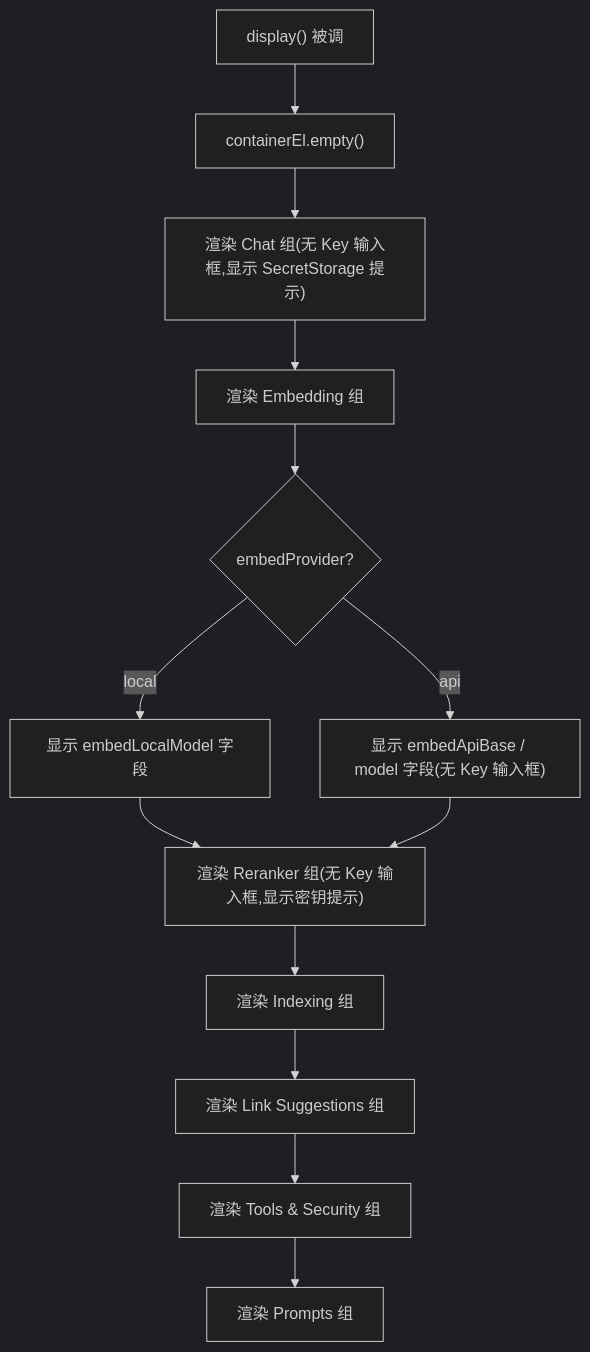
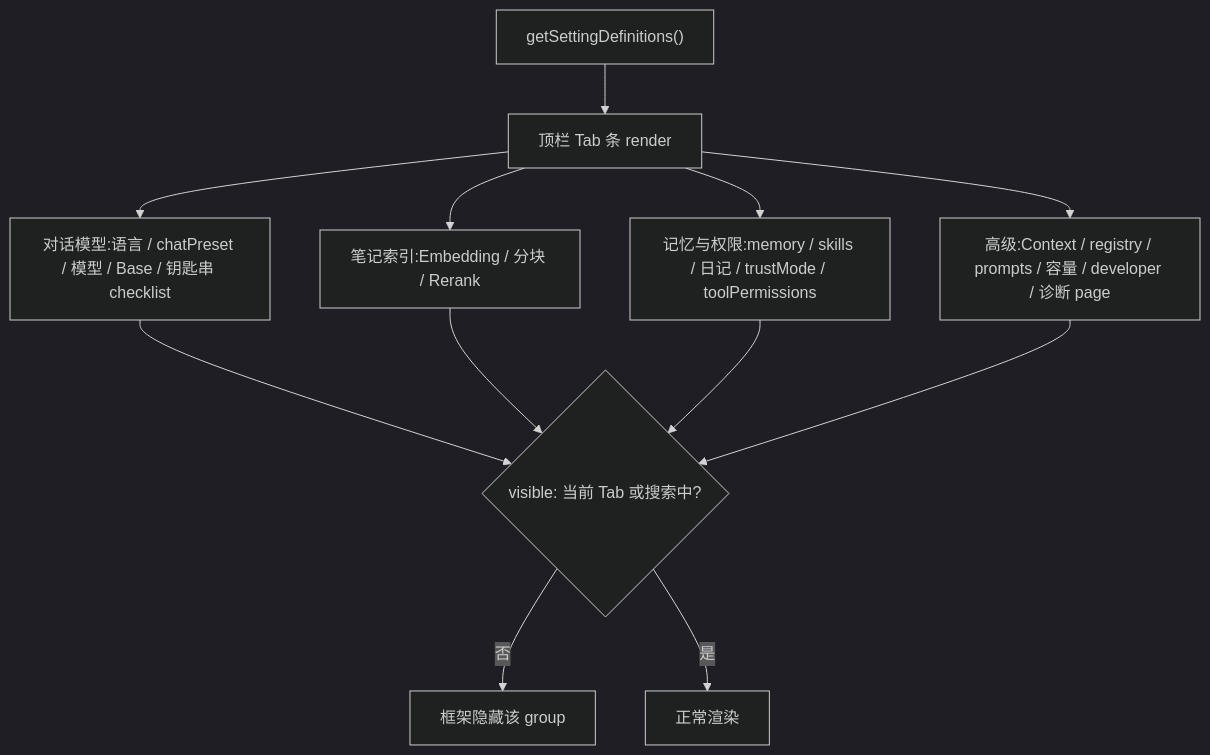
One commit to golddream-y/obsidian-ratel changed the second of 3 diagrams in docs/architecture/host/settings.md. Above: the diagram before and after it, drawn with Mermaid (dark theme). The commit also changed other lines of this file and 50 other files, not shown here.

First line of the commit message:
chore(release): 0.1.6 — 设置四 Tab / @mention / 索引清单 / tool 协议

````diff
--- a/docs/architecture/host/settings.md
+++ b/docs/architecture/host/settings.md
@@ -186,15 +197,14 @@
 ```mermaid
 flowchart TB
-    START["display() 被调"] --> EMPTY["containerEl.empty()"]
-    EMPTY --> CHAT["渲染 Chat 组(无 Key 输入框,显示 SecretStorage 提示)"]
-    CHAT --> EMB["渲染 Embedding 组"]
-    EMB --> CHECK{"embedProvider?"}
-    CHECK -->|"local"| LOCAL["显示 embedLocalModel 字段"]
-    CHECK -->|"api"| API["显示 embedApiBase / model 字段(无 Key 输入框)"]
-    LOCAL --> RER
-    API --> RER["渲染 Reranker 组(无 Key 输入框,显示密钥提示)"]
-    RER --> IDX["渲染 Indexing 组"]
-    IDX --> LINK["渲染 Link Suggestions 组"]
-    LINK --> TOOLS["渲染 Tools & Security 组"]
-    TOOLS --> PROMPTS["渲染 Prompts 组"]
+    START["getSettingDefinitions()"] --> STRIP["顶栏 Tab 条 render"]
+    STRIP --> CHAT["对话模型:语言 / chatPreset / 模型 / Base / 钥匙串 checklist"]
+    STRIP --> IDX["笔记索引:Embedding / 分块 / Rerank"]
+    STRIP --> AGENT["记忆与权限:memory / skills / 日记 / trustMode / toolPermissions"]
+    STRIP --> ADV["高级:Context / registry / prompts / 容量 / developer / 诊断 page"]
+    CHAT --> VIS{"visible: 当前 Tab 或搜索中?"}
+    IDX --> VIS
+    AGENT --> VIS
+    ADV --> VIS
+    VIS -->|"否"| HIDE["框架隐藏该 group"]
+    VIS -->|"是"| SHOW["正常渲染"]
 ```
````
